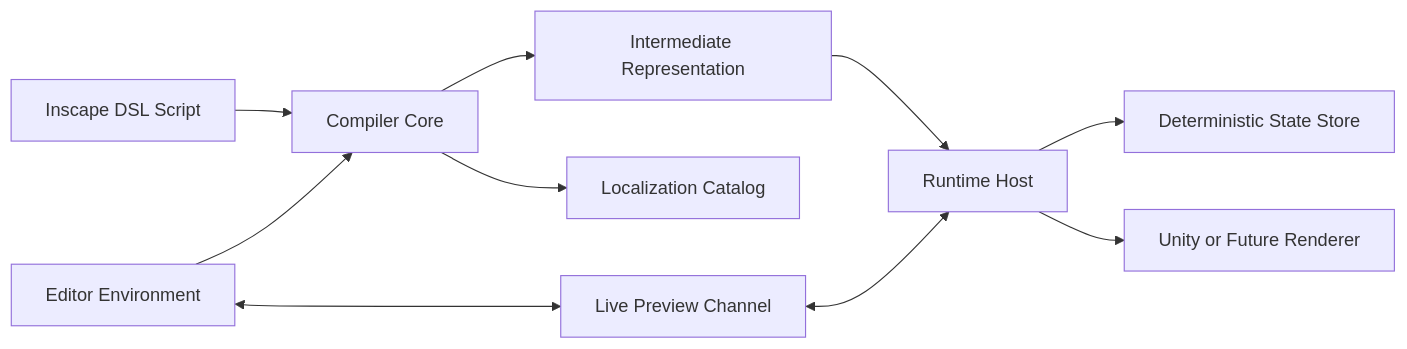
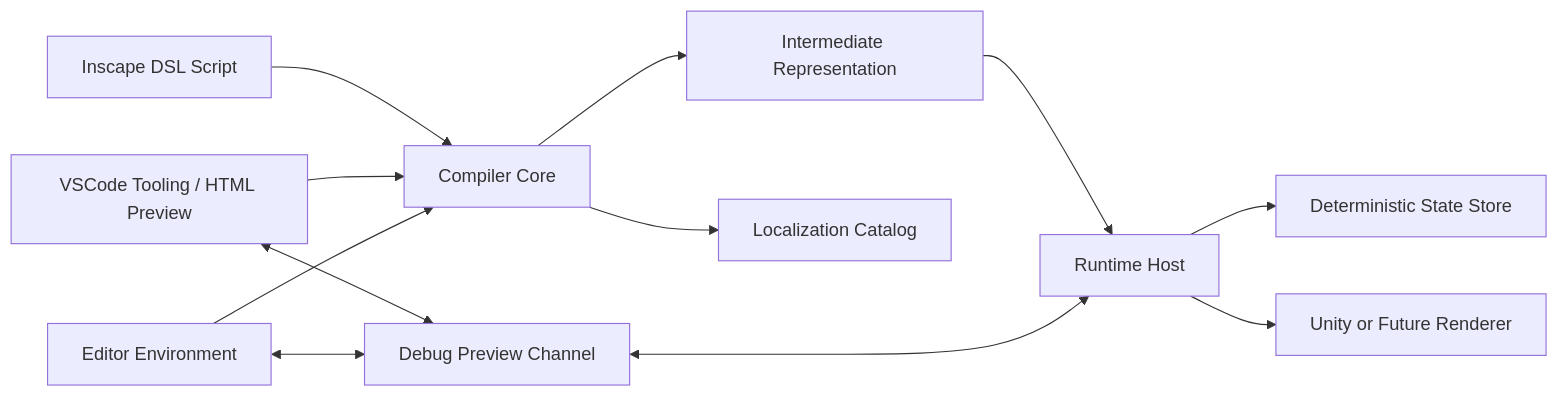
Before and after one commit to onovich/Inscape: the diagram in docs/architecture.md, drawn with Mermaid. The commit also changed other lines of this file and 14 other files, not shown here.

````diff
--- a/docs/architecture.md
+++ b/docs/architecture.md
@@ -13,12 +14,14 @@
 ```mermaid
 flowchart LR
   Script["Inscape DSL Script"] --> Compiler["Compiler Core"]
   Compiler --> IR["Intermediate Representation"]
   Compiler --> L10N["Localization Catalog"]
+  Tooling["VSCode Tooling / HTML Preview"] --> Compiler
   Editor["Editor Environment"] --> Compiler
-  Editor <--> Preview["Live Preview Channel"]
+  Tooling <--> Preview["Debug Preview Channel"]
+  Editor <--> Preview
   IR --> Runtime["Runtime Host"]
   Preview <--> Runtime
   Runtime --> Store["Deterministic State Store"]
   Runtime --> Renderer["Unity or Future Renderer"]
 ```
````
